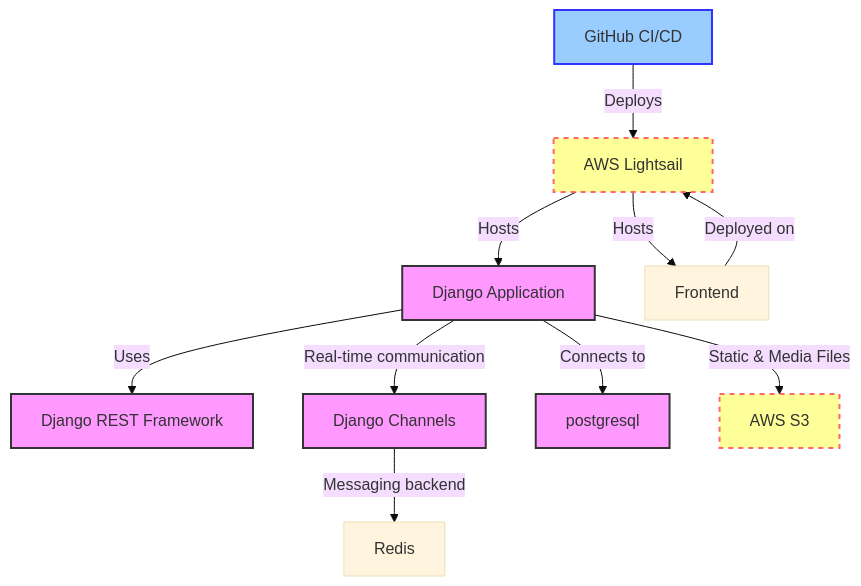
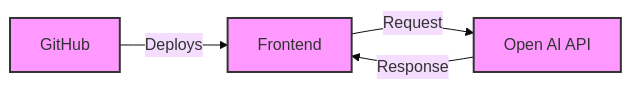
The third of 4 diagrams in README.md (Um-king/chatGPT-Web-Project), drawn with Mermaid (base theme) before and after one commit. The commit also changed other lines of this file, not shown here.

````diff
--- a/README.md
+++ b/README.md
@@ -195,21 +193,12 @@
 ```mermaid
-graph TD;
-    CI[GitHub CI/CD] -->|Deploys| LS[AWS Lightsail];
-    A[Django Application] -->|Uses| DRF[Django REST Framework];
-    A -->|Real-time communication| C[Django Channels];
-    C -->|Messaging backend| R[Redis];
-    A -->|Connects to| DB[postgresql];
-    A -->|Static & Media Files| S3[AWS S3];
-    FE[Frontend] -->|Deployed on| LS;
-    LS -->|Hosts| A;
-    LS -->|Hosts| FE;
+graph LR
+    GitHub[GitHub] -- "Deploys" --> Frontend
+    Frontend -- "Request" --> ChatGPTAPI[Open AI API]
+    ChatGPTAPI -- "Response" --> Frontend
+   
 
-    classDef framework fill:#f9f,stroke:#333,stroke-width:2px;
-    classDef aws fill:#ff9,stroke:#f66,stroke-width:2px,stroke-dasharray: 5, 5;
-    classDef ci fill:#9cf,stroke:#33f,stroke-width:2px;
-    
-    class A,DRF,C,DB framework;
-    class LS,S3 aws;
-    class CI ci;
+    style Frontend fill:#f9f,stroke:#333,stroke-width:2px
+    style ChatGPTAPI fill:#f9f,stroke:#333,stroke-width:2px
+    style GitHub fill:#f9f,stroke:#333,stroke-width:2px
 
 ```
````
